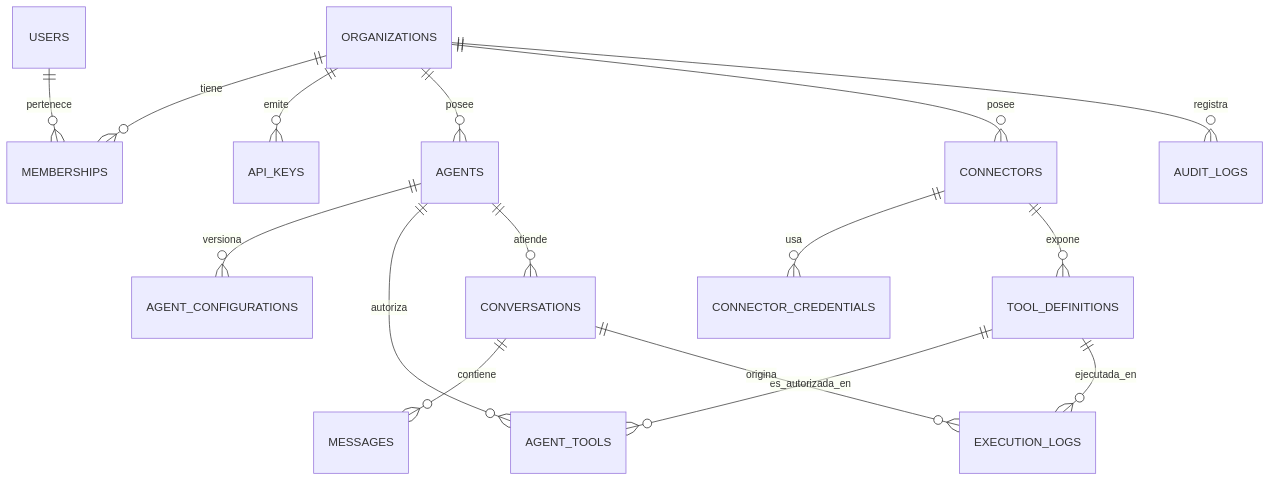
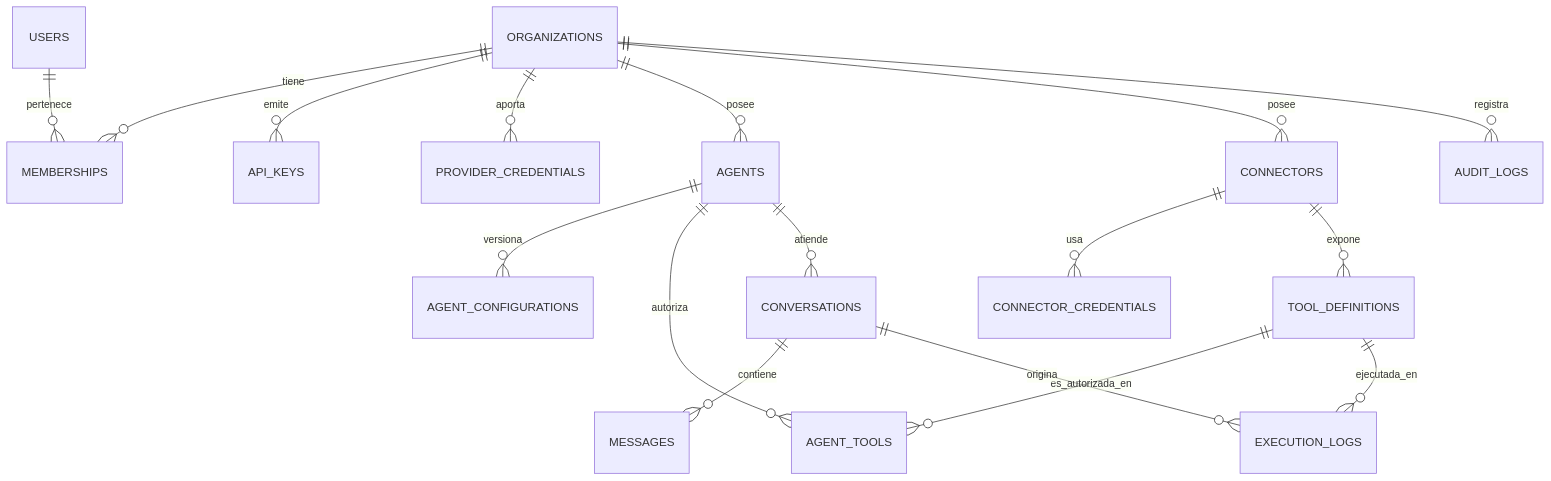
Before and after one commit to eescobar2500/cocoChat: the diagram in docs/data/data-model.md, drawn with Mermaid. The commit also changed other lines of this file and 11 other files, not shown here.

````diff
--- a/docs/data/data-model.md
+++ b/docs/data/data-model.md
@@ -46,18 +54,19 @@
 ```mermaid
 erDiagram
   ORGANIZATIONS ||--o{ MEMBERSHIPS : tiene
   USERS ||--o{ MEMBERSHIPS : pertenece
   ORGANIZATIONS ||--o{ API_KEYS : emite
+  ORGANIZATIONS ||--o{ PROVIDER_CREDENTIALS : aporta
   ORGANIZATIONS ||--o{ AGENTS : posee
   ORGANIZATIONS ||--o{ CONNECTORS : posee
   AGENTS ||--o{ AGENT_CONFIGURATIONS : versiona
   CONNECTORS ||--o{ CONNECTOR_CREDENTIALS : usa
   CONNECTORS ||--o{ TOOL_DEFINITIONS : expone
   AGENTS ||--o{ AGENT_TOOLS : autoriza
   TOOL_DEFINITIONS ||--o{ AGENT_TOOLS : es_autorizada_en
   AGENTS ||--o{ CONVERSATIONS : atiende
   CONVERSATIONS ||--o{ MESSAGES : contiene
   CONVERSATIONS ||--o{ EXECUTION_LOGS : origina
   TOOL_DEFINITIONS ||--o{ EXECUTION_LOGS : ejecutada_en
   ORGANIZATIONS ||--o{ AUDIT_LOGS : registra
 ```
````
